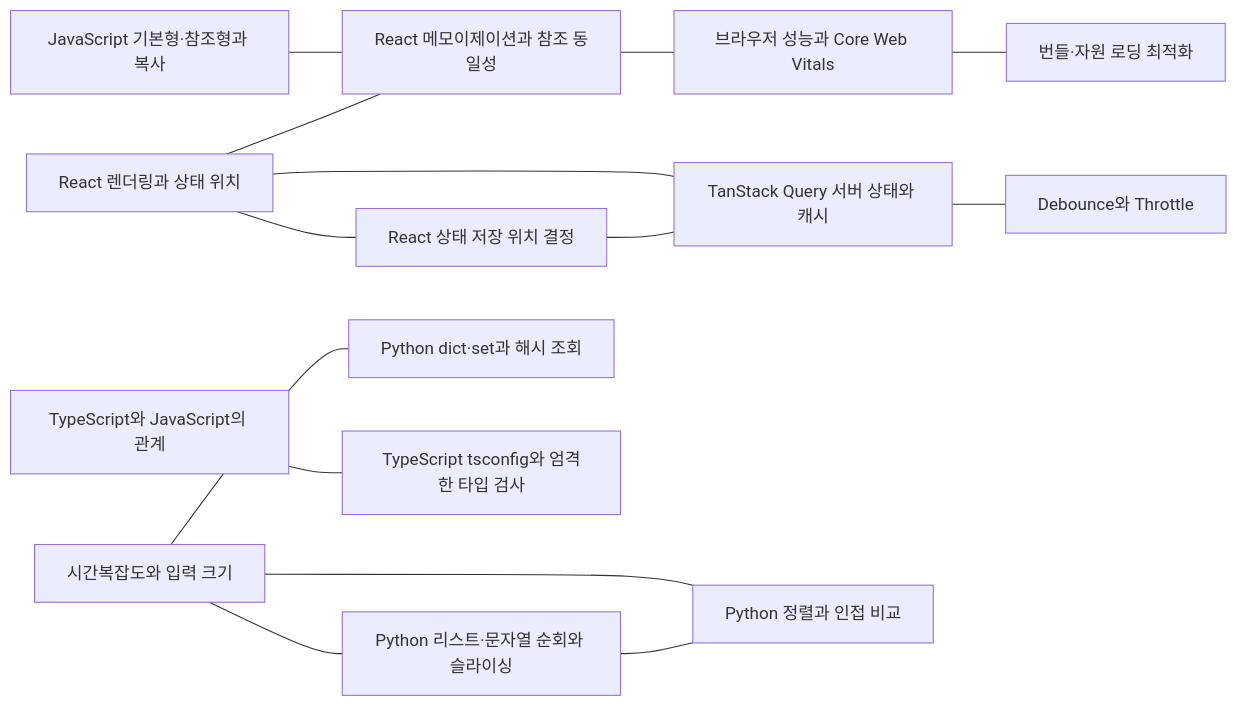
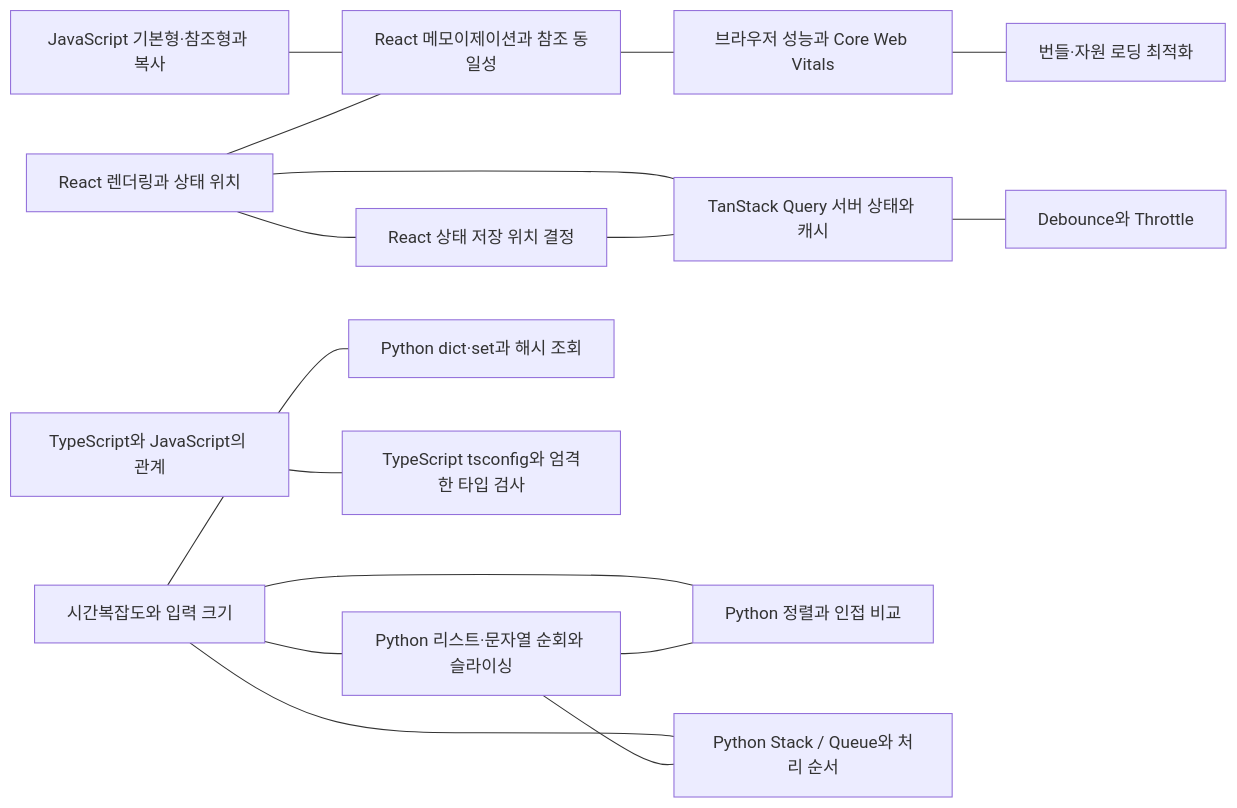
The diagram in README.md (Dev-SangWoo/my-dev-wiki), drawn with Mermaid before and after one commit.

Commit message:
Stack Queue 지식 그래프 연결 추가

````diff
--- a/README.md
+++ b/README.md
@@ -15,31 +15,34 @@
 ```mermaid
 graph LR
     jsdata["JavaScript 기본형·참조형과 복사"]
     rendering["React 렌더링과 상태 위치"]
     state["React 상태 저장 위치 결정"]
     memo["React 메모이제이션과 참조 동일성"]
     query["TanStack Query 서버 상태와 캐시"]
     debounce["Debounce와 Throttle"]
     browser["브라우저 성능과 Core Web Vitals"]
     loading["번들·자원 로딩 최적화"]
     complexity["시간복잡도와 입력 크기"]
     pylist["Python 리스트·문자열 순회와 슬라이싱"]
     pyhash["Python dict·set과 해시 조회"]
     pysort["Python 정렬과 인접 비교"]
+    pystack["Python Stack / Queue와 처리 순서"]
     tsjs["TypeScript와 JavaScript의 관계"]
     tsconfig["TypeScript tsconfig와 엄격한 타입 검사"]
 
     jsdata --- memo
     rendering --- state
     rendering --- memo
     rendering --- query
     state --- query
     query --- debounce
     memo --- browser
     browser --- loading
     complexity --- pylist
     complexity --- pyhash
     complexity --- pysort
+    complexity --- pystack
     pylist --- pysort
+    pylist --- pystack
     tsjs --- tsconfig
 ```
````
